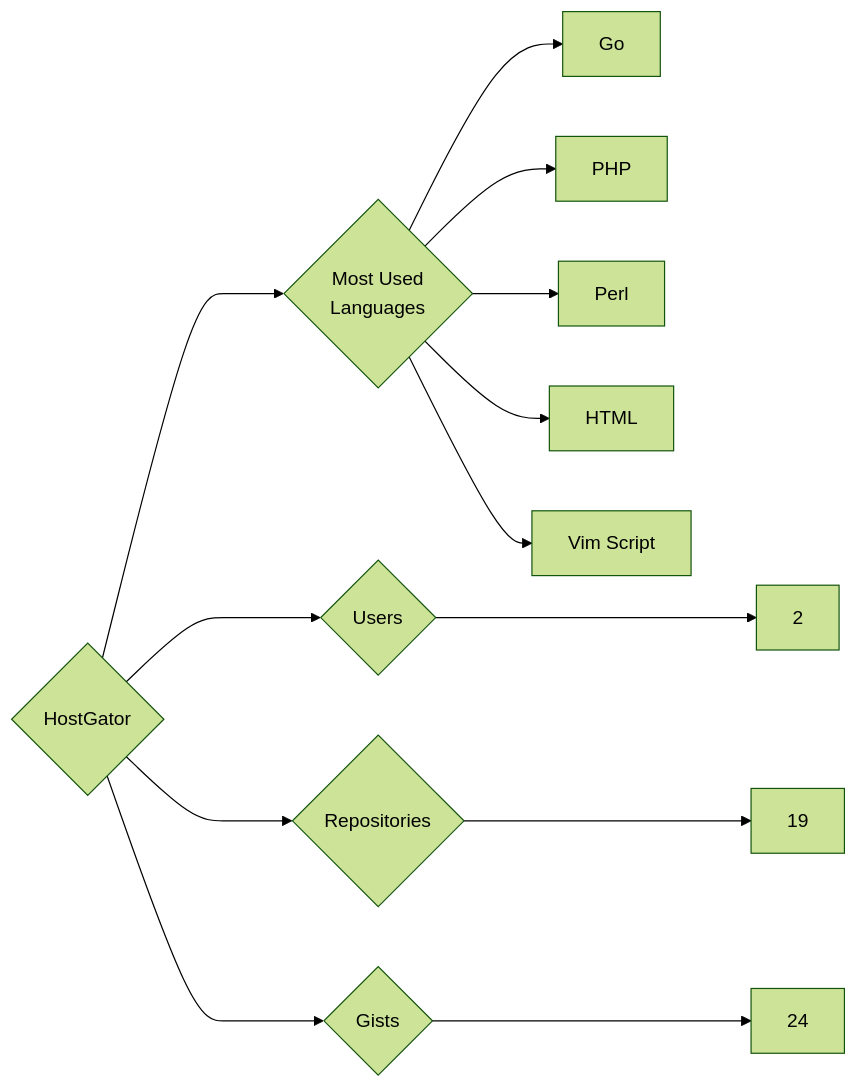
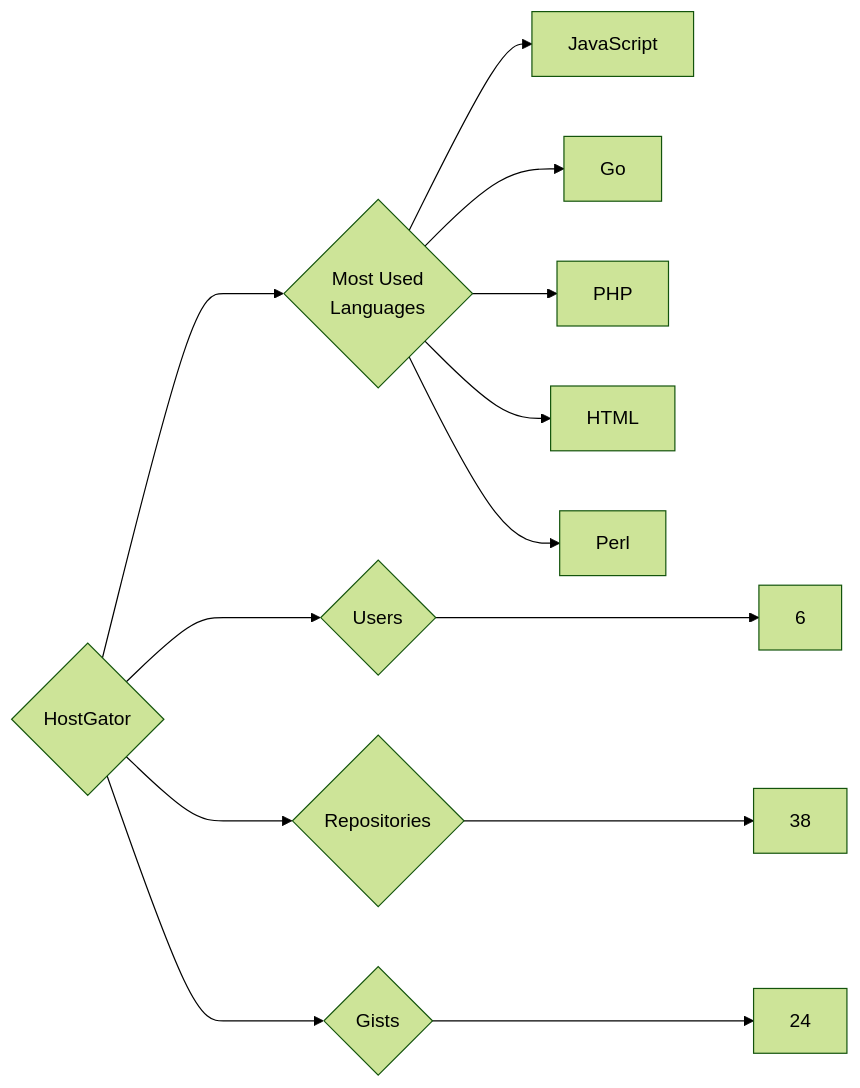
The diagram in targets/HostGator/README.md (trickest/insiders), drawn with Mermaid (forest theme) before and after one commit. The commit also changed 1020 other files, not shown here.

````diff
--- a/targets/HostGator/README.md
+++ b/targets/HostGator/README.md
@@ -3,13 +3,13 @@
 ```mermaid
 graph LR
 COMPANY_NAME{HostGator}
-COMPANY_NAME ---> U{Users} ---> UN[2]
-COMPANY_NAME ---> R{Repositories} ---> RN[19]
+COMPANY_NAME ---> U{Users} ---> UN[6]
+COMPANY_NAME ---> R{Repositories} ---> RN[38]
 COMPANY_NAME ---> G{Gists} ---> GN[24]
 COMPANY_NAME ---> ML{Most Used<br>Languages}
+ML --> JavaScript[JavaScript]
 ML --> Go[Go]
 ML --> PHP[PHP]
+ML --> HTML[HTML]
 ML --> Perl[Perl]
-ML --> HTML[HTML]
-ML --> Vim_Script[Vim Script]
 ```
````
